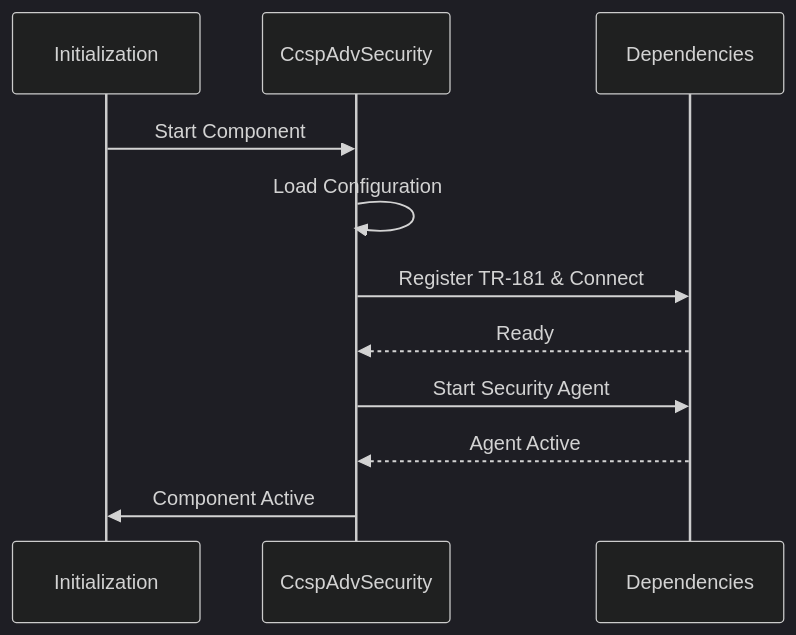
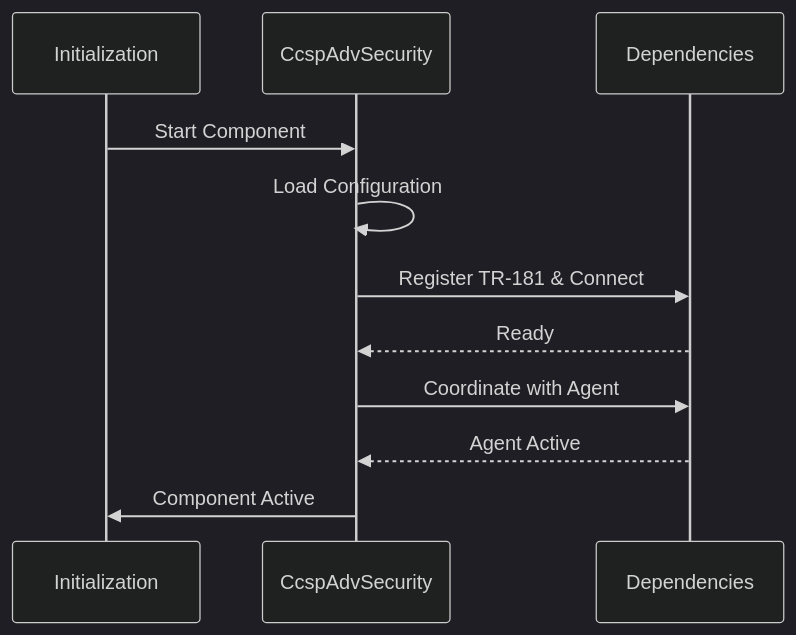
Before and after one commit to rdkcentral/advanced-security: the fourth of 7 diagrams in README.md, drawn with Mermaid (dark theme). The commit also changed other lines of this file, not shown here.

````diff
--- a/README.md
+++ b/README.md
@@ -233,14 +228,14 @@
 ```mermaid
 sequenceDiagram
     participant Init as Initialization
     participant AdvSec as CcspAdvSecurity
     participant Deps as Dependencies
 
     Init->>AdvSec: Start Component
     AdvSec->>AdvSec: Load Configuration
     AdvSec->>Deps: Register TR-181 & Connect
     Deps-->>AdvSec: Ready
-    AdvSec->>Deps: Start Security Agent
+    AdvSec->>Deps: Coordinate with Agent
     Deps-->>AdvSec: Agent Active
     AdvSec->>Init: Component Active
 ```
````
